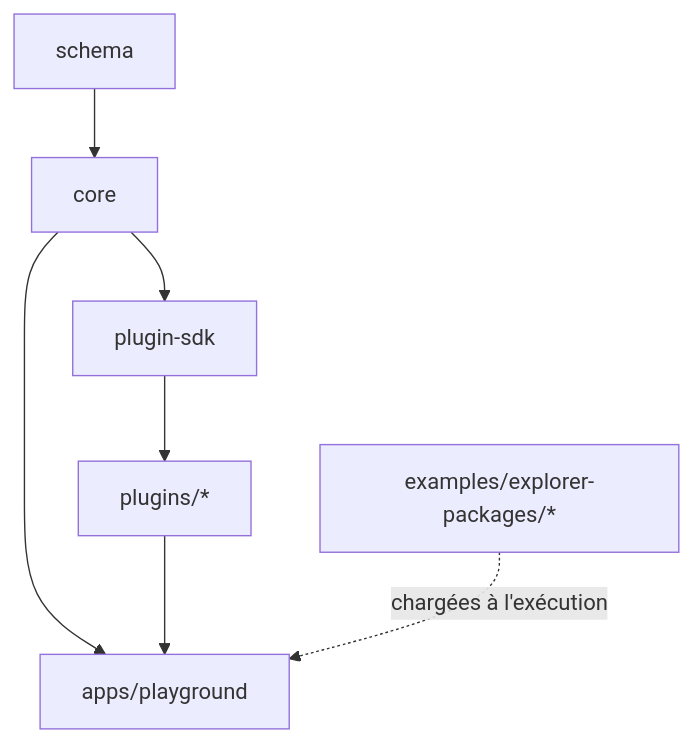
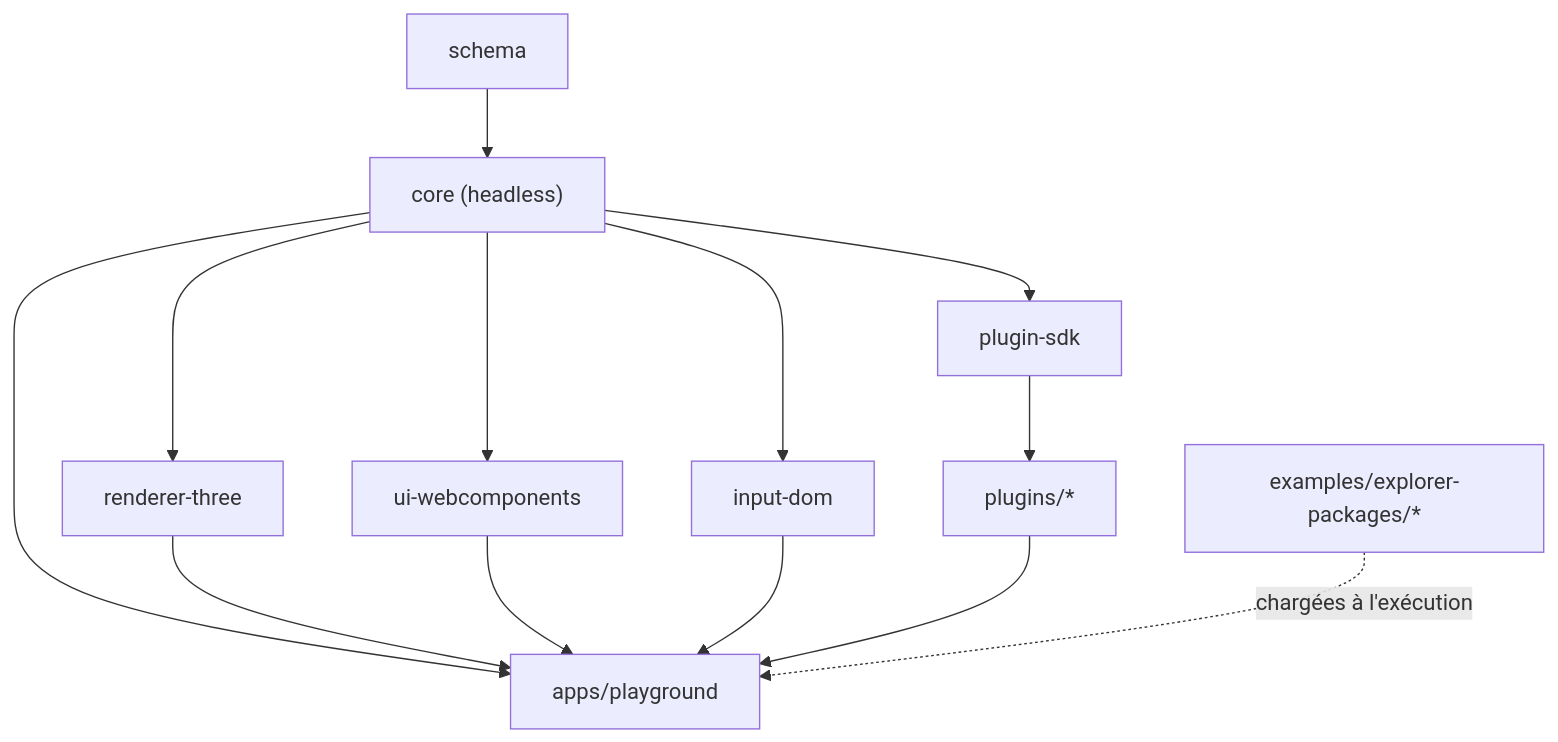
The diagram in docs/03-structure-projet.md (GabMDA/explorer-engine), drawn with Mermaid before and after one commit. The commit also changed other lines of this file and 1 other file, not shown here.

First line of the commit message:
docs: split headless core from UI adapters and fix dependency graph

````diff
--- a/docs/03-structure-projet.md
+++ b/docs/03-structure-projet.md
@@ -160,9 +170,15 @@
 ```mermaid
 graph TD
-    SCHEMA[schema] --> CORE[core]
+    SCHEMA[schema] --> CORE["core (headless)"]
+    CORE --> RT[renderer-three]
+    CORE --> UW[ui-webcomponents]
+    CORE --> ID[input-dom]
     CORE --> SDK[plugin-sdk]
     SDK --> P1[plugins/*]
     CORE --> APP[apps/playground]
+    RT --> APP
+    UW --> APP
+    ID --> APP
     P1 --> APP
     DATA[examples/explorer-packages/*] -. chargées à l'exécution .-> APP
 ```
````
